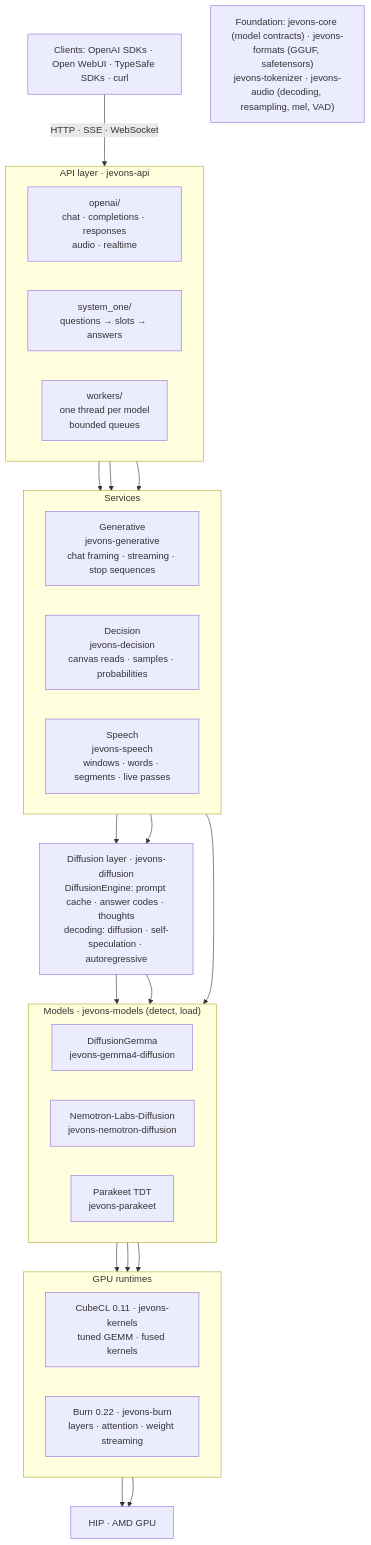
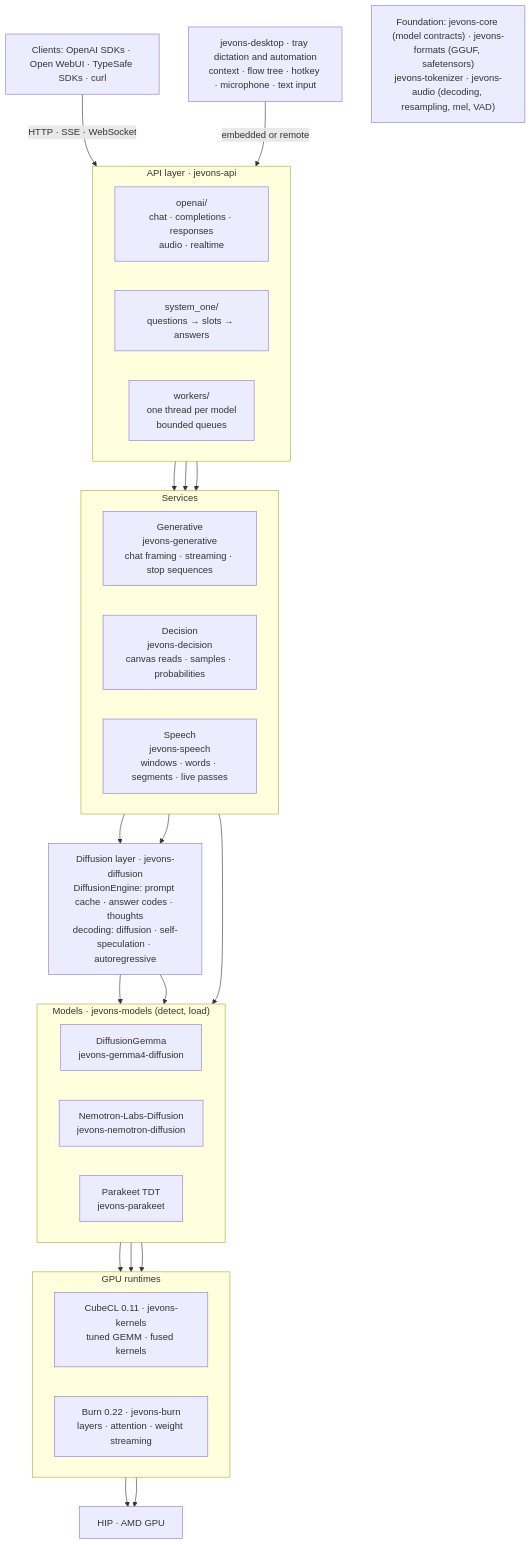
Before and after one commit to zojeda/jevons-rs: the second of 2 diagrams in README.md, drawn with Mermaid. The commit also changed other lines of this file and 536 other files, not shown here.

First line of the commit message:
jevons-desktop: the tray dictation app with flow tree, tools, automations and inspector (#6)

````diff
--- a/README.md
+++ b/README.md
@@ -16,51 +133,53 @@
 ```mermaid
 flowchart TB
     clients["Clients: OpenAI SDKs · Open WebUI · TypeSafe SDKs · curl"]
+    desktop["jevons-desktop · tray dictation and automation<br/>context · flow tree · hotkey · microphone · text input"]
 
     subgraph api["API layer · jevons-api"]
         direction LR
         openai["openai/<br/>chat · completions · responses<br/>audio · realtime"]
         systemone["system_one/<br/>questions → slots → answers"]
         workers["workers/<br/>one thread per model<br/>bounded queues"]
     end
 
     subgraph services["Services"]
         direction LR
         generative["Generative<br/>jevons-generative<br/>chat framing · streaming · stop sequences"]
         decision["Decision<br/>jevons-decision<br/>canvas reads · samples · probabilities"]
         speech["Speech<br/>jevons-speech<br/>windows · words · segments · live passes"]
     end
 
     diffusion["Diffusion layer · jevons-diffusion<br/>DiffusionEngine: prompt cache · answer codes · thoughts<br/>decoding: diffusion · self-speculation · autoregressive"]
 
     subgraph models["Models · jevons-models (detect, load)"]
         direction LR
         gemma["DiffusionGemma<br/>jevons-gemma4-diffusion"]
         nemotron["Nemotron-Labs-Diffusion<br/>jevons-nemotron-diffusion"]
         parakeet["Parakeet TDT<br/>jevons-parakeet"]
     end
 
     subgraph runtimes["GPU runtimes"]
         direction LR
         cubecl["CubeCL 0.11 · jevons-kernels<br/>tuned GEMM · fused kernels"]
         burn["Burn 0.22 · jevons-burn<br/>layers · attention · weight streaming"]
     end
 
     gpu["HIP · AMD GPU"]
     foundation["Foundation: jevons-core (model contracts) · jevons-formats (GGUF, safetensors)<br/>jevons-tokenizer · jevons-audio (decoding, resampling, mel, VAD)"]
 
     clients -- "HTTP · SSE · WebSocket" --> api
+    desktop -- "embedded or remote" --> api
     openai --> generative
     openai --> speech
     systemone --> decision
     generative --> diffusion
     decision --> diffusion
     diffusion --> gemma
     diffusion --> nemotron
     speech --> parakeet
     gemma --> cubecl
     nemotron --> burn
     parakeet --> burn
     cubecl --> gpu
     burn --> gpu
 ```
````
